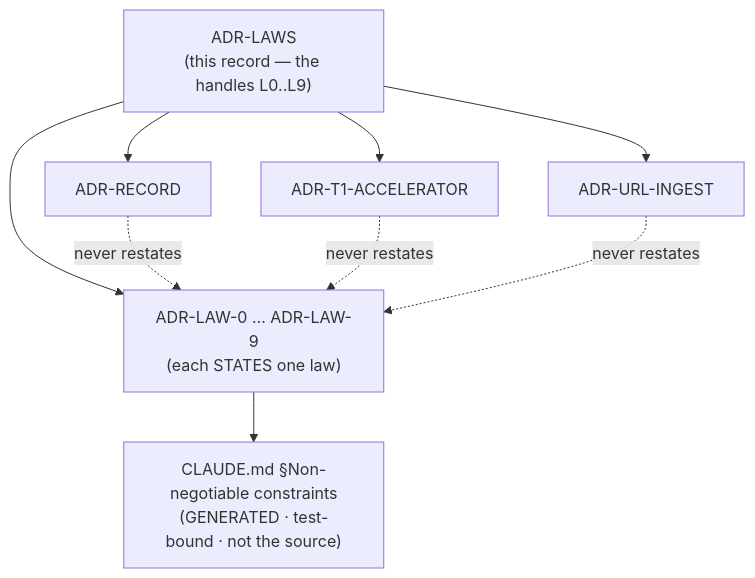
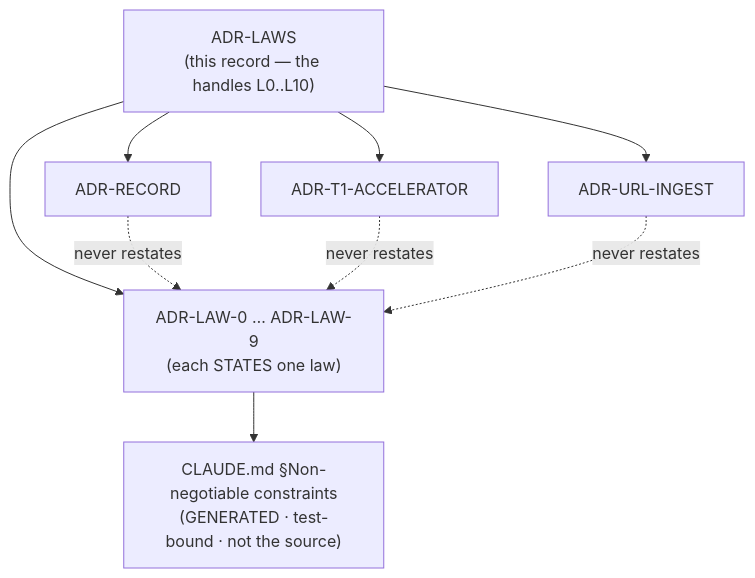
Before and after one commit to arpitarya/fux: the diagram in docs/adr/0001_LAWS.md, drawn with Mermaid. The commit also changed other lines of this file and 116 other files, not shown here.

````diff
--- a/docs/adr/0001_LAWS.md
+++ b/docs/adr/0001_LAWS.md
@@ -64,17 +65,17 @@
 ```mermaid
 flowchart TD
-    N["ADR-LAWS<br/>(this record — the handles L0..L9)"]
+    N["ADR-LAWS<br/>(this record — the handles L0..L10)"]
     W["ADR-LAW-0 … ADR-LAW-9<br/>(each STATES one law)"]
     L["CLAUDE.md §Non-negotiable constraints<br/>(GENERATED · test-bound · not the source)"]
     A["ADR-RECORD"]
     B["ADR-T1-ACCELERATOR"]
     C["ADR-URL-INGEST"]
     N --> W
     W --> L
     N --> A
     N --> B
     N --> C
     A -. "never restates" .-> W
     B -. "never restates" .-> W
     C -. "never restates" .-> W
 ```
````
